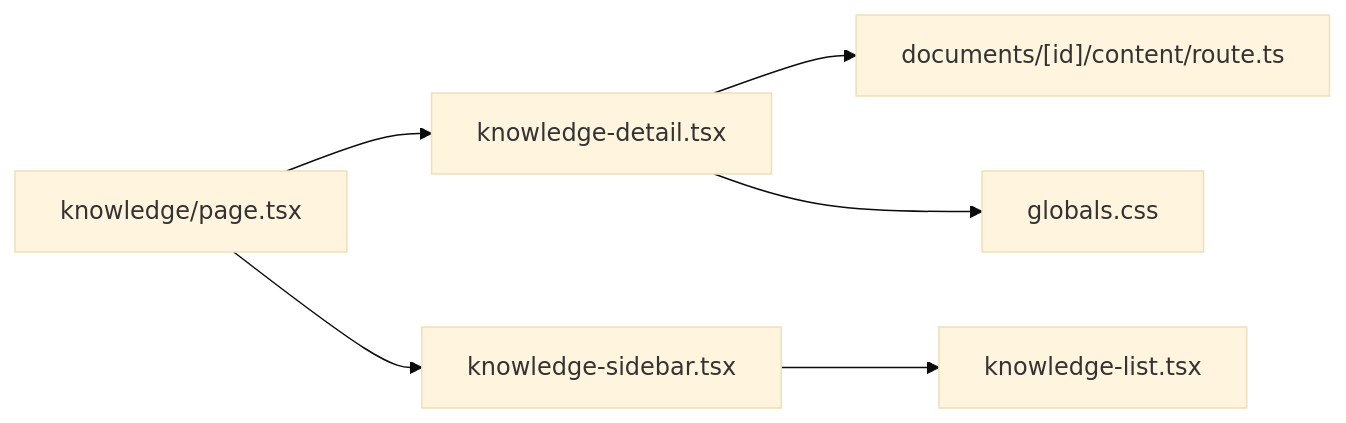
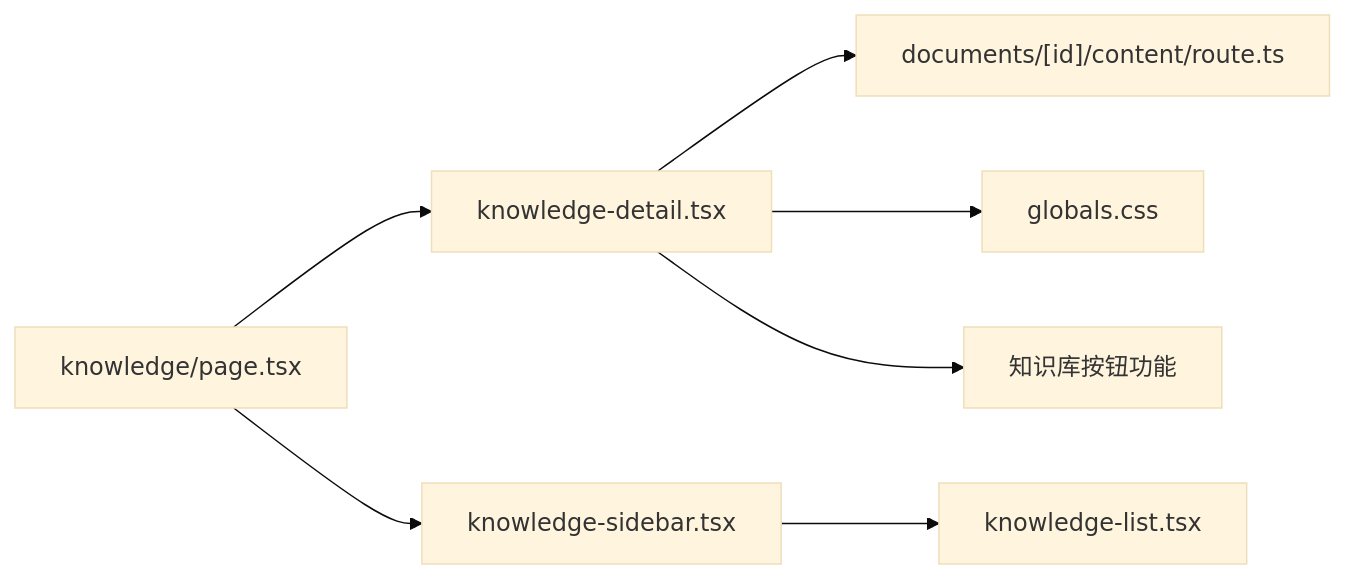
The fourth of 4 diagrams in .qoder/repowiki/zh/content/知识库管理/知识库详情组件.md (wangzihao64/RAG_Front), drawn with Mermaid (base theme) before and after one commit. The commit also changed other lines of this file and 29 other files, not shown here.

````diff
--- a/.qoder/repowiki/zh/content/知识库管理/知识库详情组件.md
+++ b/.qoder/repowiki/zh/content/知识库管理/知识库详情组件.md
@@ -252,8 +263,9 @@
 ```mermaid
 graph LR
 Page["knowledge/page.tsx"] --> Detail["knowledge-detail.tsx"]
 Page --> Sidebar["knowledge-sidebar.tsx"]
 Detail --> API["documents/[id]/content/route.ts"]
 Detail --> Styles["globals.css"]
 Sidebar --> List["knowledge-list.tsx"]
+Detail --> KBButton["知识库按钮功能"]
 ```
````
